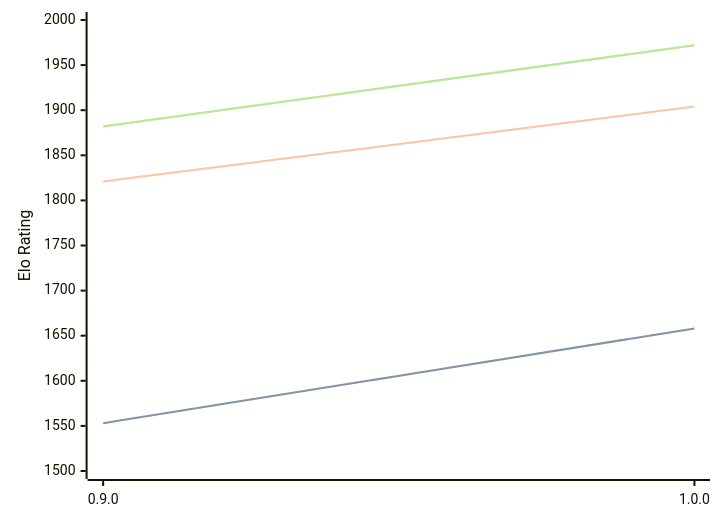
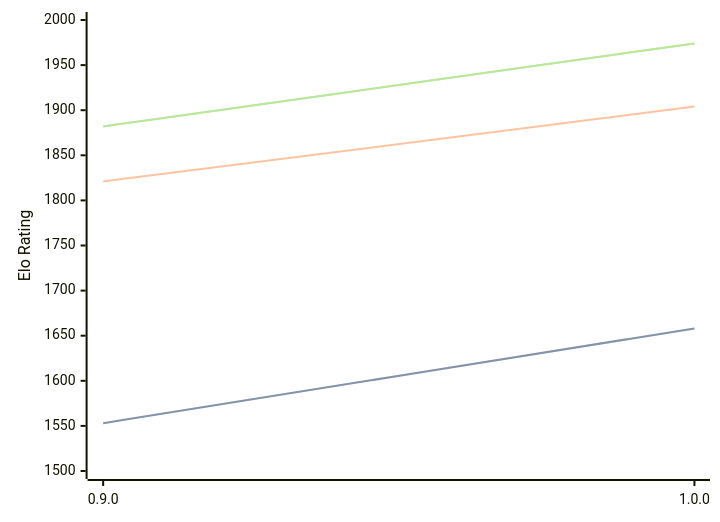
Before and after one commit to computer-chess-index/cci: the diagram in engines/Ratsu.md, drawn with Mermaid. The commit also changed other lines of this file, not shown here.

Commit message:
Update CCI Ratings (ELO VLTC) - 2026-04-09

````diff
--- a/engines/Ratsu.md
+++ b/engines/Ratsu.md
@@ -32,11 +32,11 @@
 ```mermaid
 %%{init: {"theme":"base","themeVariables":{"seriesColors:['#a3a3a3','#222221','#faa371']}}}%%
 xychart-beta
   x-axis ["0.9.0", "1.0.0"]
   y-axis "Elo Rating" 1500 --> 2000
   line "STC (8.0+0.08s)" [1553, 1658]
   line "STC (8.0+0.08s)" [1553, 1658]
   line "LTC (60.0+0.60s)" [1821, 1904]
-  line "VLTC (2m24s+1.12s)" [1882, 1972]
-  line "VLTC (2m24s+1.12s)" [1882, 1972]
+  line "VLTC (2m24s+1.12s)" [1882, 1974]
+  line "VLTC (2m24s+1.12s)" [1882, 1974]
 ```
````
